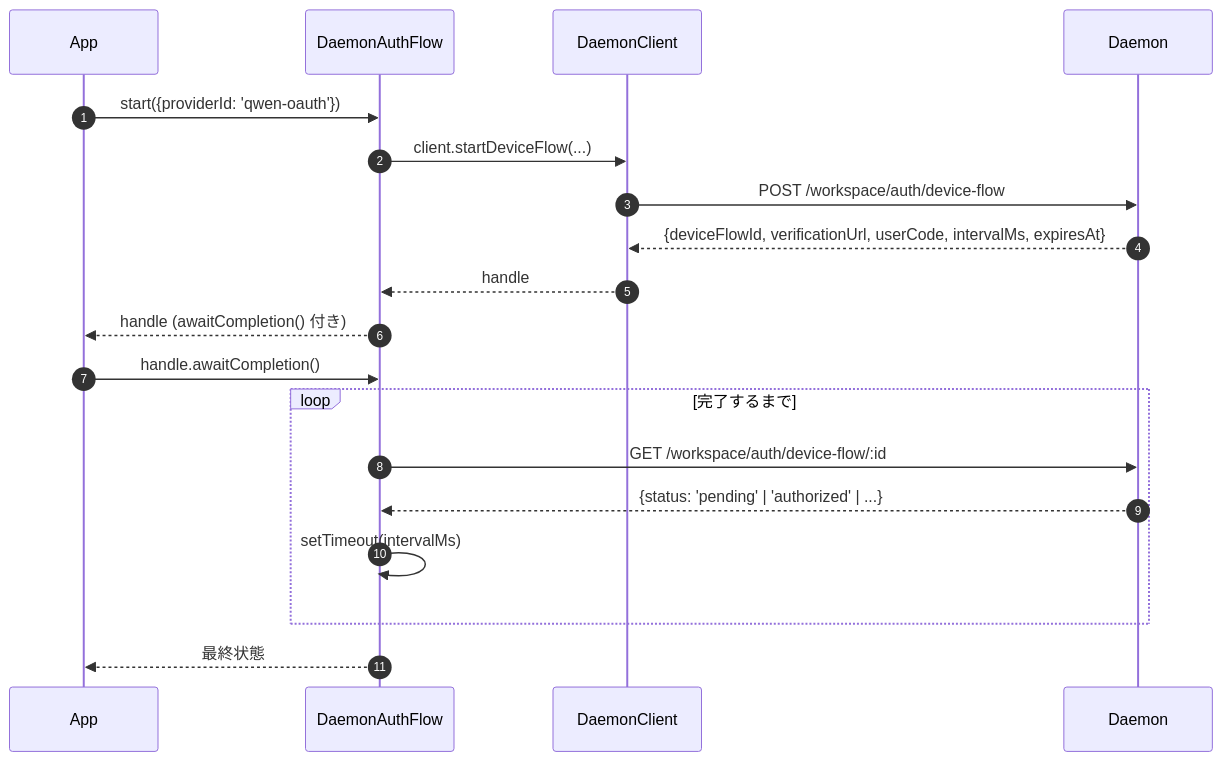
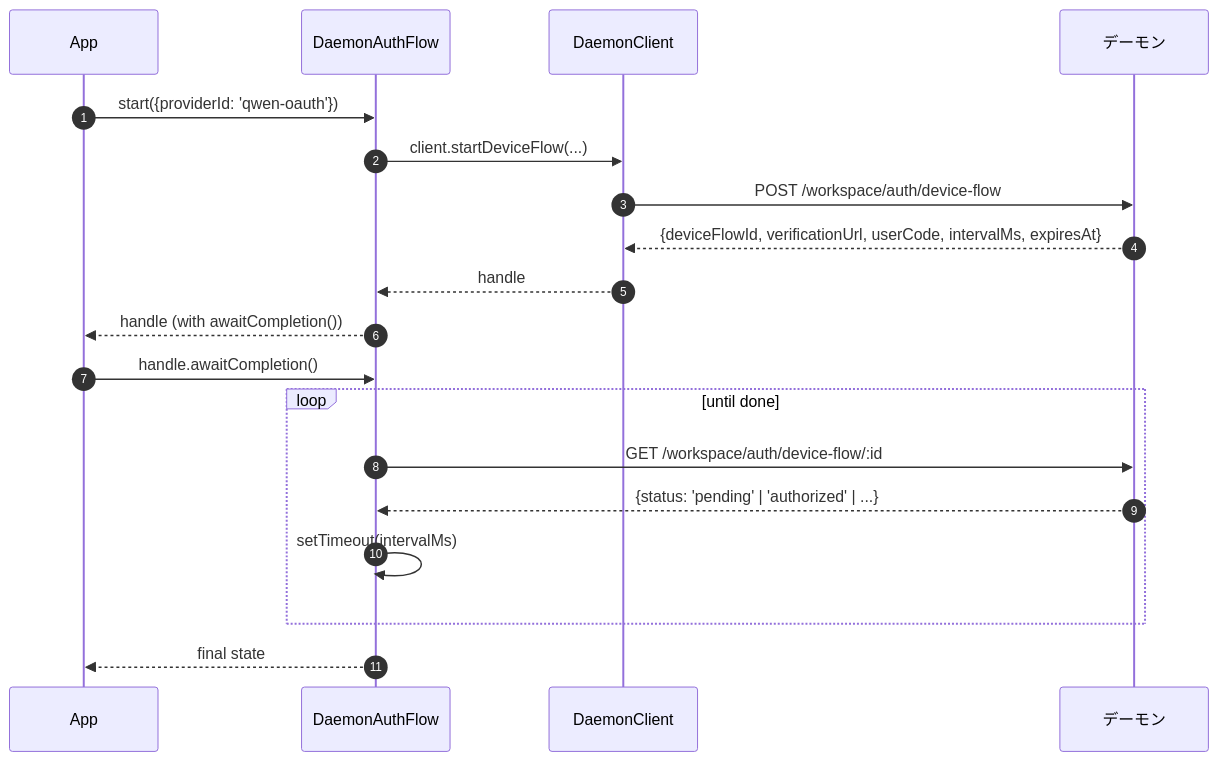
One commit to QwenLM/qwen-code-docs changed the third of 3 diagrams in website/content/ja/developers/daemon/13-sdk-daemon-client.md. Above: the diagram before and after it, drawn with Mermaid. The commit also changed other lines of this file and 162 other files, not shown here.

````diff
--- a/website/content/ja/developers/daemon/13-sdk-daemon-client.md
+++ b/website/content/ja/developers/daemon/13-sdk-daemon-client.md
@@ -181,22 +181,22 @@
 ```mermaid
 sequenceDiagram
     autonumber
     participant App as App
     participant AF as DaemonAuthFlow
     participant DC as DaemonClient
-    participant D as Daemon
+    participant D as デーモン
 
     App->>AF: start({providerId: 'qwen-oauth'})
     AF->>DC: client.startDeviceFlow(...)
     DC->>D: POST /workspace/auth/device-flow
     D-->>DC: {deviceFlowId, verificationUrl, userCode, intervalMs, expiresAt}
     DC-->>AF: handle
-    AF-->>App: handle (awaitCompletion() 付き)
+    AF-->>App: handle (with awaitCompletion())
     App->>AF: handle.awaitCompletion()
-    loop 完了するまで
+    loop until done
         AF->>D: GET /workspace/auth/device-flow/:id
         D-->>AF: {status: 'pending' | 'authorized' | ...}
         AF->>AF: setTimeout(intervalMs)
     end
-    AF-->>App: 最終状態
+    AF-->>App: final state
 ```
````
